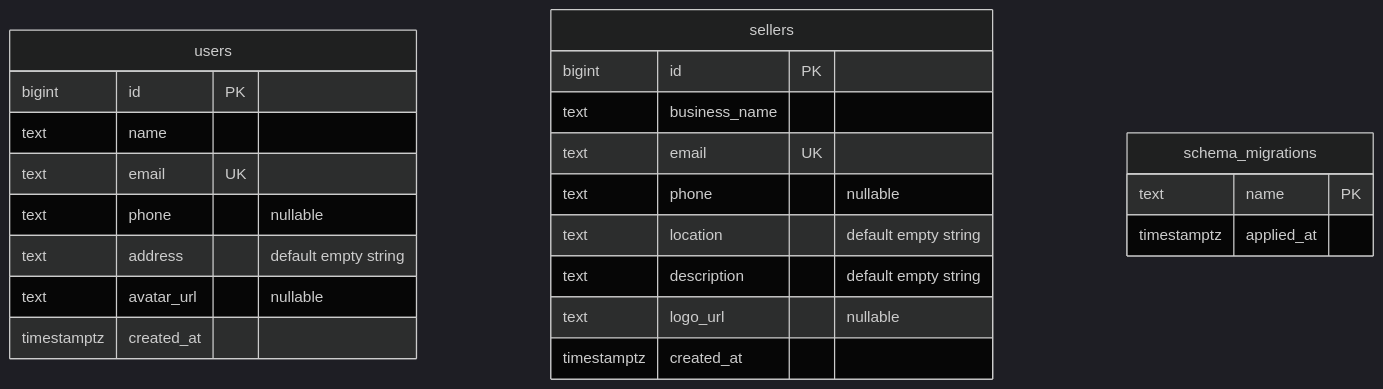
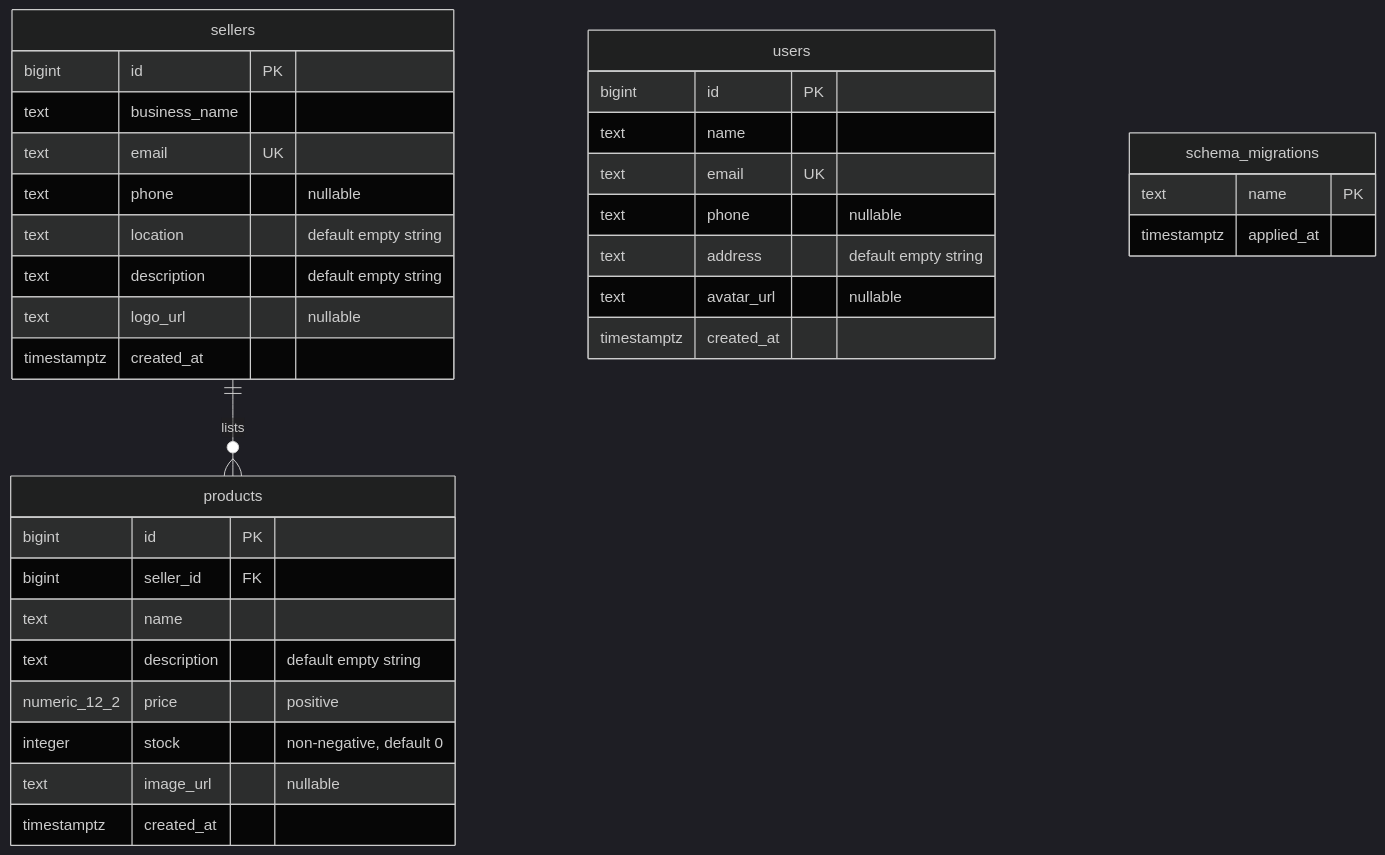
The diagram in docs/erd.md (Bomjan/tshongkhang), drawn with Mermaid (dark theme) before and after one commit. The commit also changed other lines of this file and 4 other files, not shown here.

````diff
--- a/docs/erd.md
+++ b/docs/erd.md
@@ -5,26 +5,38 @@
 ```mermaid
 erDiagram
+    sellers ||--o{ products : lists
+
     users {
         bigint id PK
         text name
         text email UK
         text phone "nullable"
         text address "default empty string"
         text avatar_url "nullable"
         timestamptz created_at
     }
     sellers {
         bigint id PK
         text business_name
         text email UK
         text phone "nullable"
         text location "default empty string"
         text description "default empty string"
         text logo_url "nullable"
         timestamptz created_at
     }
+    products {
+        bigint id PK
+        bigint seller_id FK
+        text name
+        text description "default empty string"
+        numeric_12_2 price "positive"
+        integer stock "non-negative, default 0"
+        text image_url "nullable"
+        timestamptz created_at
+    }
     schema_migrations {
         text name PK
         timestamptz applied_at
     }
 ```
````
